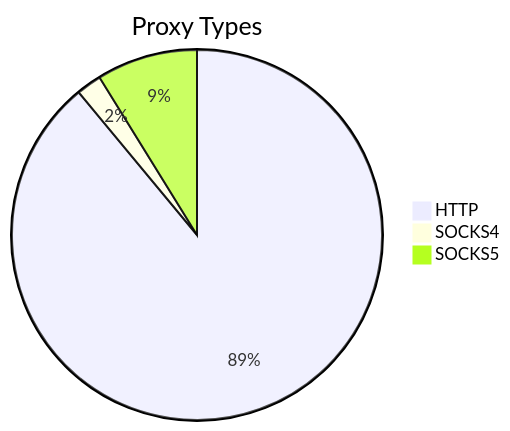
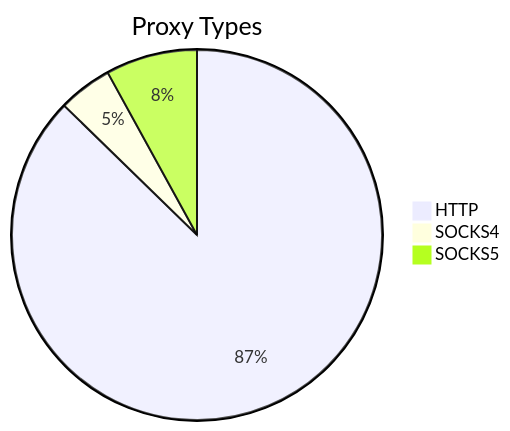
One commit to stormsia/proxy-list changed the first of 2 diagrams in README.md. Above: the diagram before and after it, drawn with Mermaid. The commit also changed other lines of this file, not shown here.

````diff
--- a/README.md
+++ b/README.md
@@ -21,6 +21,6 @@
 ```mermaid
 pie title Proxy Types
-    "HTTP" : 323
-    "SOCKS4" : 8
-    "SOCKS5" : 32
+    "HTTP" : 371
+    "SOCKS4" : 20
+    "SOCKS5" : 34
 ```
````
